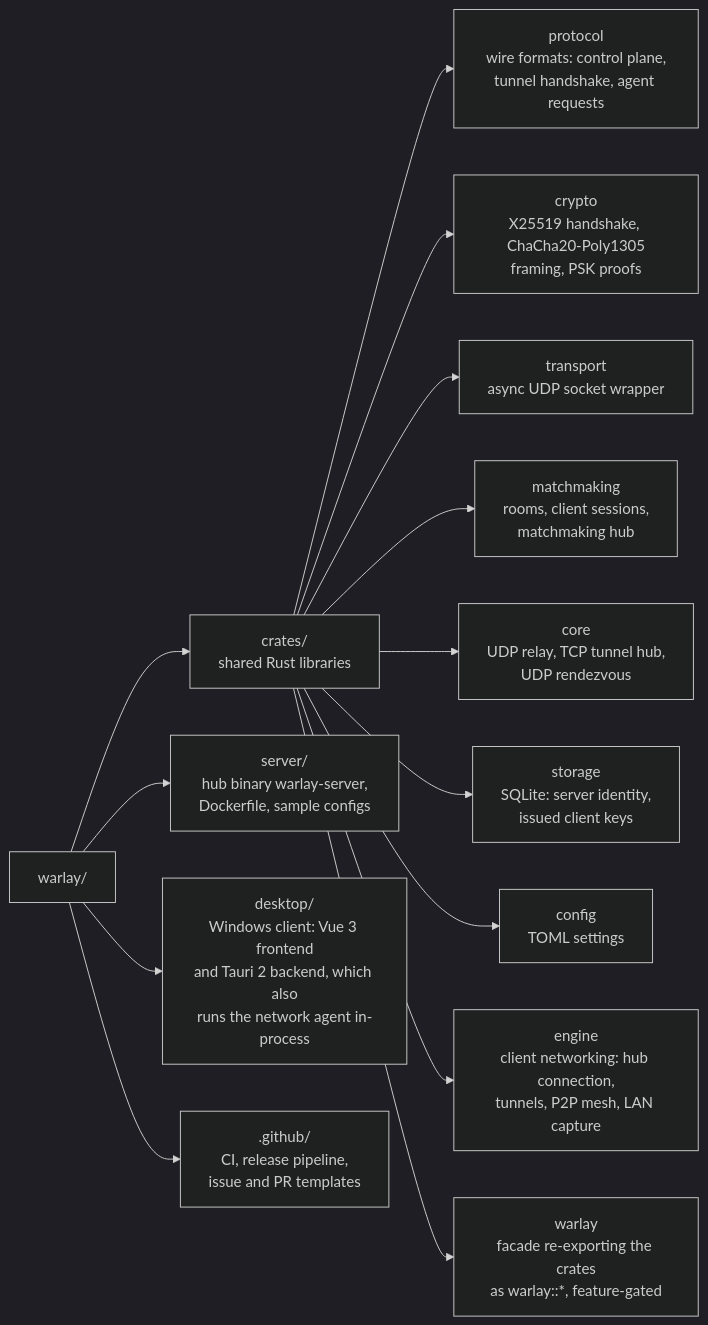
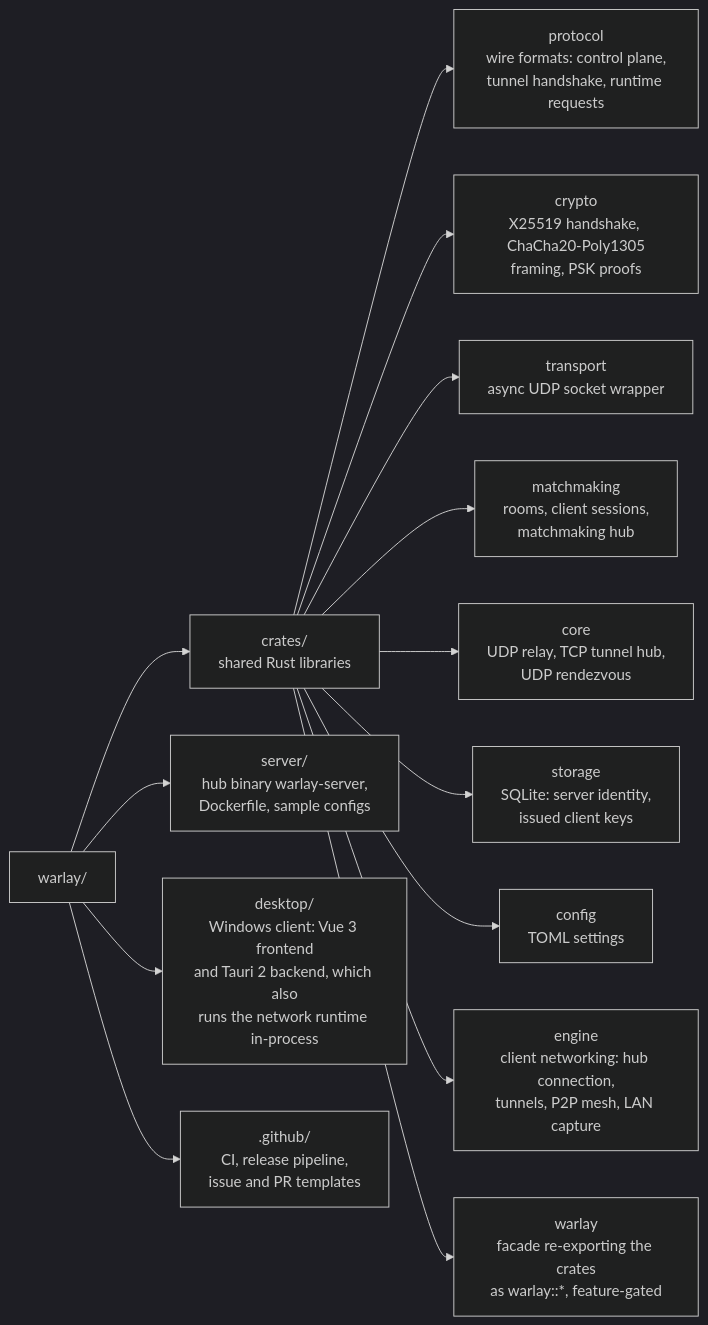
Before and after one commit to jhonsferg/warlay: the second of 4 diagrams in README.md, drawn with Mermaid (dark theme). The commit also changed other lines of this file, not shown here.

````diff
--- a/README.md
+++ b/README.md
@@ -172,19 +171,19 @@
 ```mermaid
 flowchart LR
     root["warlay/"]
 
     root --> crates["crates/<br/>shared Rust libraries"]
-    crates --> protocol["protocol<br/>wire formats: control plane,<br/>tunnel handshake, agent requests"]
+    crates --> protocol["protocol<br/>wire formats: control plane,<br/>tunnel handshake, runtime requests"]
     crates --> crypto["crypto<br/>X25519 handshake, ChaCha20-Poly1305<br/>framing, PSK proofs"]
     crates --> transport["transport<br/>async UDP socket wrapper"]
     crates --> matchmaking["matchmaking<br/>rooms, client sessions,<br/>matchmaking hub"]
     crates --> core["core<br/>UDP relay, TCP tunnel hub,<br/>UDP rendezvous"]
     crates --> storage["storage<br/>SQLite: server identity,<br/>issued client keys"]
     crates --> config["config<br/>TOML settings"]
     crates --> engine["engine<br/>client networking: hub connection,<br/>tunnels, P2P mesh, LAN capture"]
     crates --> facade["warlay<br/>facade re-exporting the crates<br/>as warlay::*, feature-gated"]
 
     root --> server["server/<br/>hub binary warlay-server,<br/>Dockerfile, sample configs"]
-    root --> desktop["desktop/<br/>Windows client: Vue 3 frontend<br/>and Tauri 2 backend, which also<br/>runs the network agent in-process"]
+    root --> desktop["desktop/<br/>Windows client: Vue 3 frontend<br/>and Tauri 2 backend, which also<br/>runs the network runtime in-process"]
     root --> github[".github/<br/>CI, release pipeline,<br/>issue and PR templates"]
 ```
````
